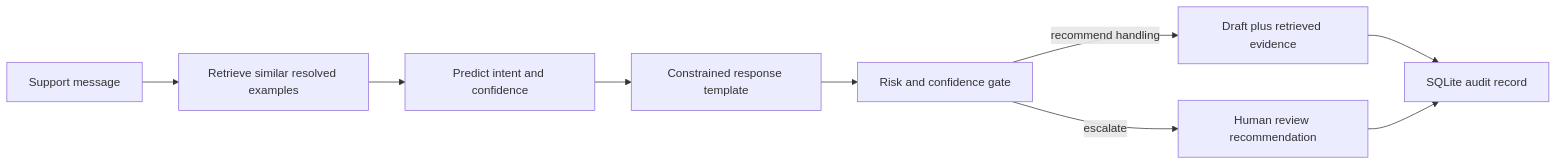
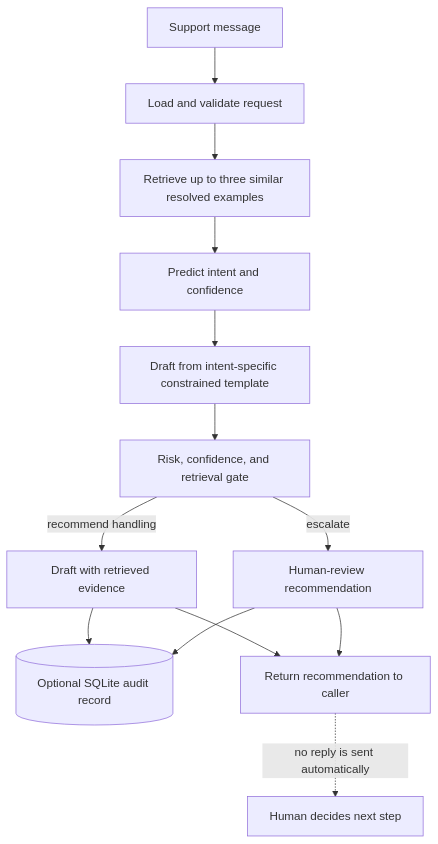
One commit to nihalmachhi/Relay changed the diagram in README.md. Above: the diagram before and after it, drawn with Mermaid.

Commit message:
docs: expand README architecture diagram

````diff
--- a/README.md
+++ b/README.md
@@ -39,11 +39,15 @@
 ```mermaid
-flowchart LR
-  A[Support message] --> B[Retrieve similar resolved examples]
-  B --> C[Predict intent and confidence]
-  C --> D[Constrained response template]
-  D --> E[Risk and confidence gate]
-  E -->|recommend handling| F[Draft plus retrieved evidence]
-  E -->|escalate| G[Human review recommendation]
-  F --> H[SQLite audit record]
-  G --> H
+flowchart TD
+  A[Support message] --> B[Load and validate request]
+  B --> C[Retrieve up to three similar resolved examples]
+  C --> D[Predict intent and confidence]
+  D --> E[Draft from intent-specific constrained template]
+  E --> F[Risk, confidence, and retrieval gate]
+  F -->|recommend handling| G[Draft with retrieved evidence]
+  F -->|escalate| H[Human-review recommendation]
+  G --> I[(Optional SQLite audit record)]
+  H --> I
+  G --> J[Return recommendation to caller]
+  H --> J
+  J -. no reply is sent automatically .-> K[Human decides next step]
 ```
````
